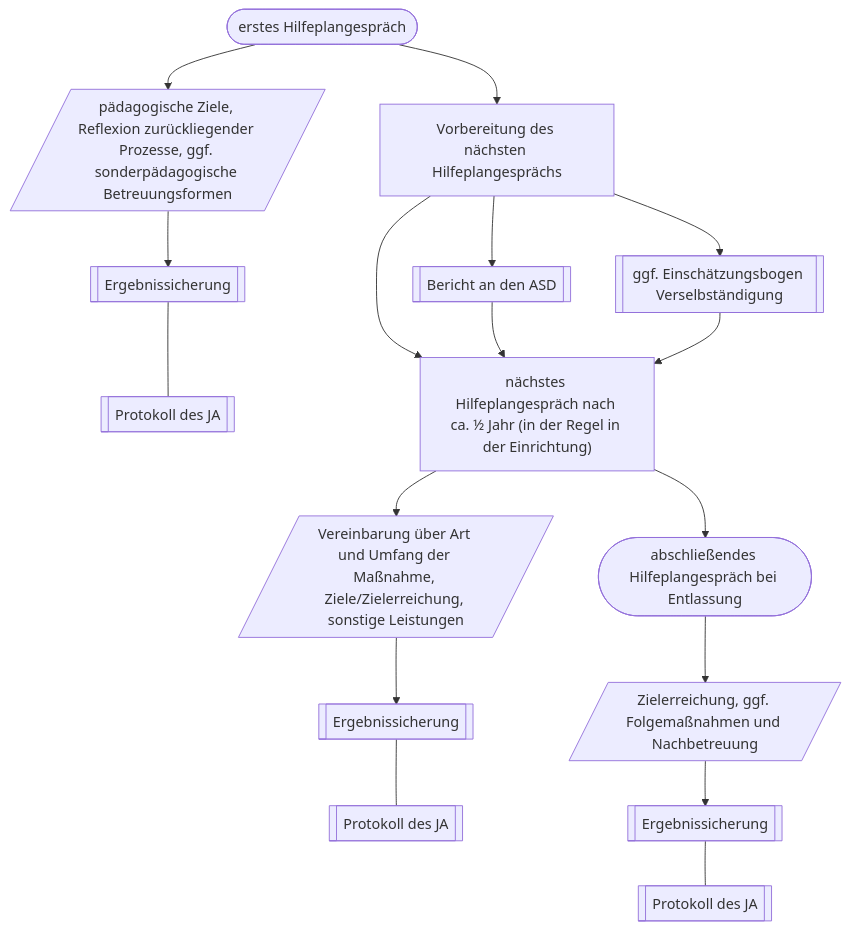
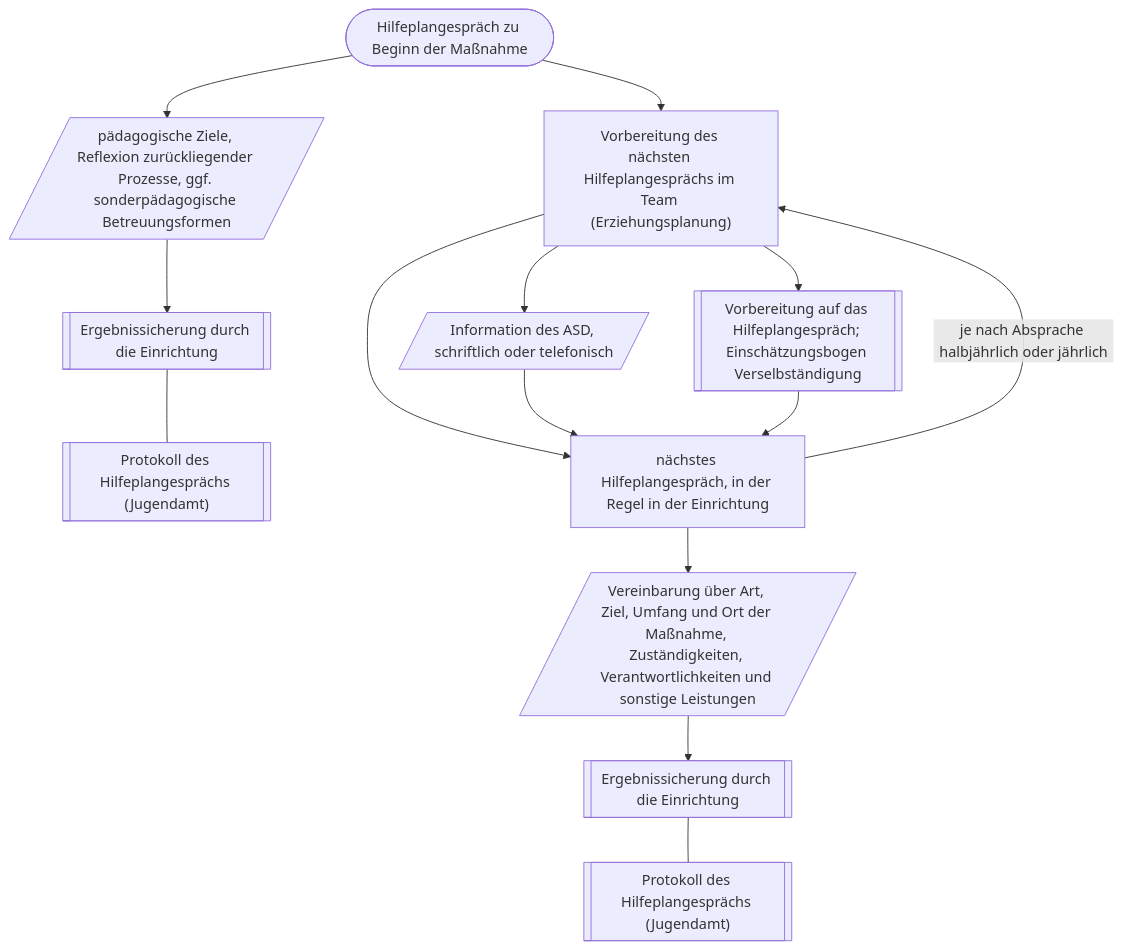
Before and after one commit to BSBSWS/qm: the diagram in handbuch/9.1.4_hilfeplanung-stationaer.md, drawn with Mermaid. The commit also changed other lines of this file and 7 other files, not shown here.

First line of the commit message:
Musterdokument 9.1.4 Rev. 0006: bereinigt, Flussdiagramm an Text angepasst, Word-Ausgabe; Standard 0.7

````diff
--- a/handbuch/9.1.4_hilfeplanung-stationaer.md
+++ b/handbuch/9.1.4_hilfeplanung-stationaer.md
@@ -55,30 +49,23 @@
 ```mermaid
 flowchart TB
-    A(["erstes Hilfeplangespräch"])
+    A(["Hilfeplangespräch zu Beginn der Maßnahme"])
     A1[/"pädagogische Ziele, Reflexion zurückliegender Prozesse, ggf. sonderpädagogische Betreuungsformen"/]
-    A2[["Ergebnissicherung"]]
-    A3[["Protokoll des JA"]]
-    B["Vorbereitung des nächsten Hilfeplangesprächs"]
-    B1[["Bericht an den ASD"]]
-    B2[["ggf. Einschätzungsbogen Verselbständigung"]]
-    C["nächstes Hilfeplangespräch nach ca. ½ Jahr (in der Regel in der Einrichtung)"]
-    C1[/"Vereinbarung über Art und Umfang der Maßnahme, Ziele/Zielerreichung, sonstige Leistungen"/]
-    C2[["Ergebnissicherung"]]
-    C3[["Protokoll des JA"]]
-    D(["abschließendes Hilfeplangespräch bei Entlassung"])
-    D1[/"Zielerreichung, ggf. Folgemaßnahmen und Nachbetreuung"/]
-    D2[["Ergebnissicherung"]]
-    D3[["Protokoll des JA"]]
+    A2[["Ergebnissicherung durch die Einrichtung"]]
+    A3[["Protokoll des Hilfeplangesprächs (Jugendamt)"]]
+    B["Vorbereitung des nächsten Hilfeplangesprächs im Team (Erziehungsplanung)"]
+    B1[/"Information des ASD, schriftlich oder telefonisch"/]
+    B2[["Vorbereitung auf das Hilfeplangespräch; Einschätzungsbogen Verselbständigung"]]
+    C["nächstes Hilfeplangespräch, in der Regel in der Einrichtung"]
+    C1[/"Vereinbarung über Art, Ziel, Umfang und Ort der Maßnahme, Zuständigkeiten, Verantwortlichkeiten und sonstige Leistungen"/]
+    C2[["Ergebnissicherung durch die Einrichtung"]]
+    C3[["Protokoll des Hilfeplangesprächs (Jugendamt)"]]
 
-    A --> B --> C --> D
+    A --> B --> C
     A --> A1 --> A2
     A2 --- A3
-    B --> B1
-    B --> B2
-    B1 --> C
-    B2 --> C
+    B --> B1 --> C
+    B --> B2 --> C
     C --> C1 --> C2
     C2 --- C3
-    D --> D1 --> D2
-    D2 --- D3
+    C -->|"je nach Absprache halbjährlich oder jährlich"| B
 ```
````
